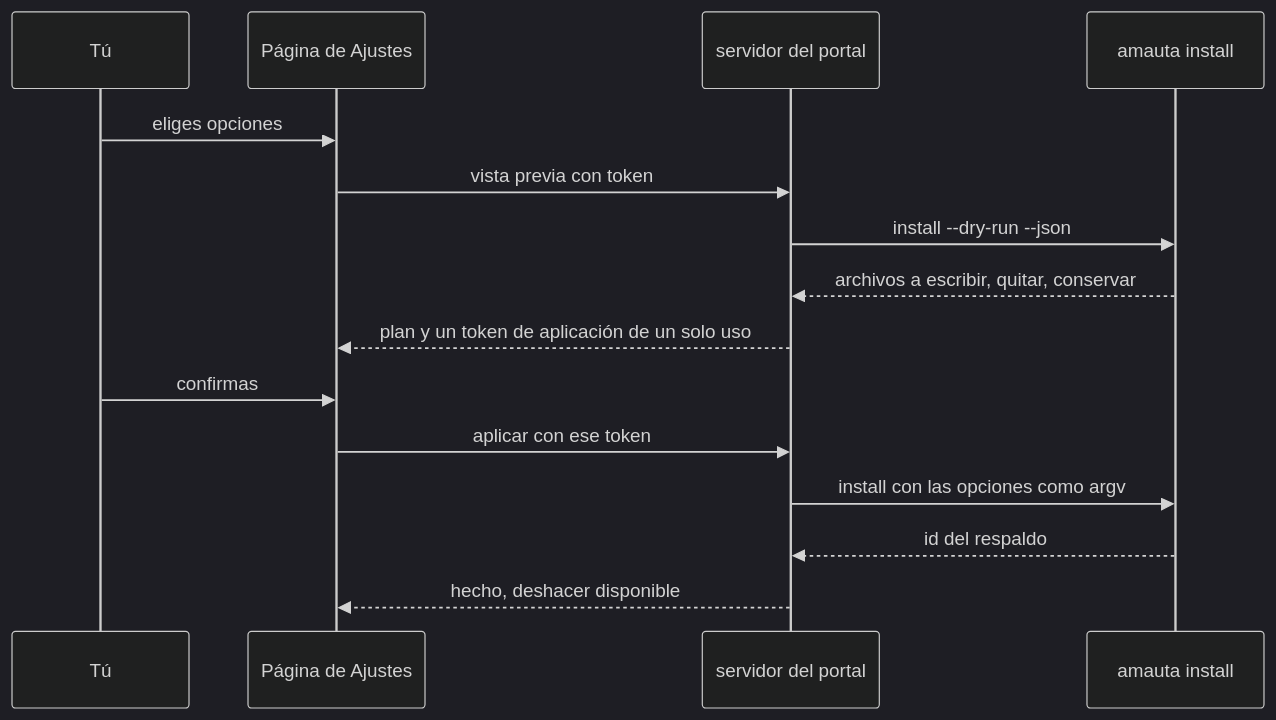
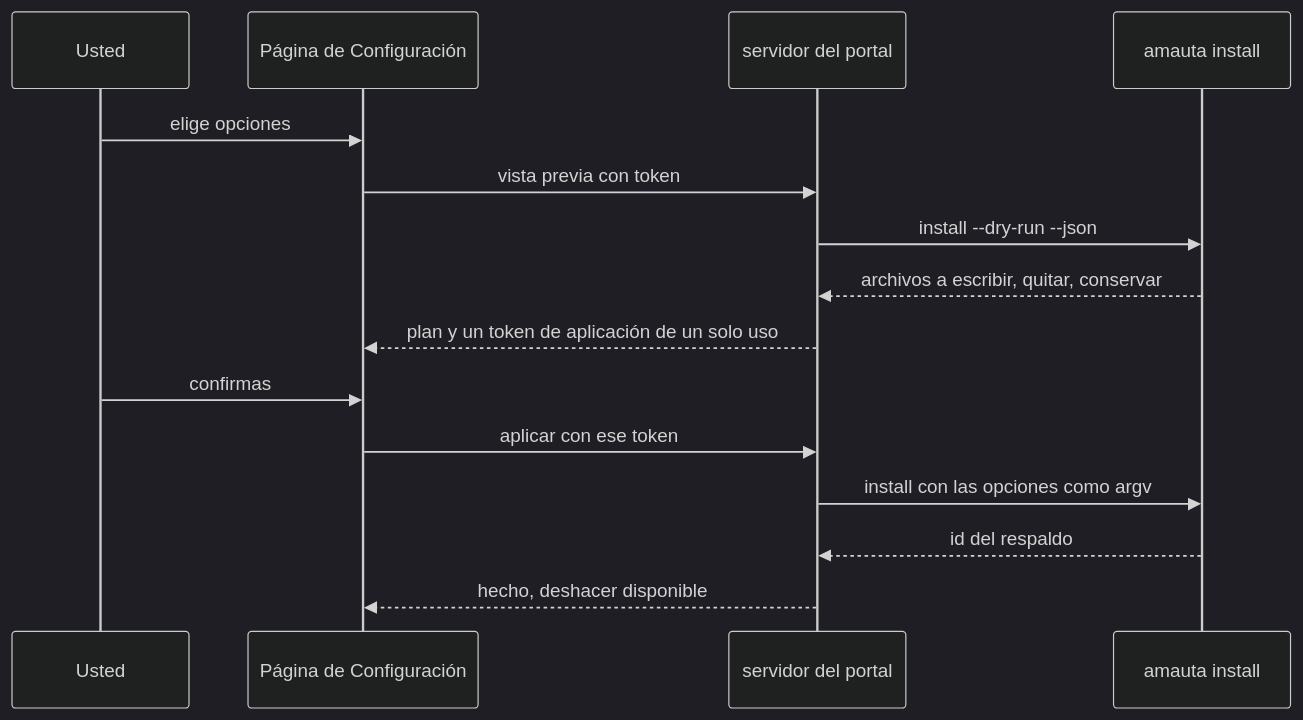
The second of 2 diagrams in python/amauta/portal/guide/es/portal.md (Negraldi/amauta), drawn with Mermaid (dark theme) before and after one commit. The commit also changed other lines of this file and 45 other files, not shown here.

````diff
--- a/python/amauta/portal/guide/es/portal.md
+++ b/python/amauta/portal/guide/es/portal.md
@@ -92,17 +92,17 @@
 ```mermaid
 sequenceDiagram
-  participant U as Tú
-  participant P as Página de Ajustes
+  participant U as Usted
+  participant P as Página de Configuración
   participant S as servidor del portal
   participant I as amauta install
-  U->>P: eliges opciones
+  U->>P: elige opciones
   P->>S: vista previa con token
   S->>I: install --dry-run --json
   I-->>S: archivos a escribir, quitar, conservar
   S-->>P: plan y un token de aplicación de un solo uso
   U->>P: confirmas
   P->>S: aplicar con ese token
   S->>I: install con las opciones como argv
   I-->>S: id del respaldo
   S-->>P: hecho, deshacer disponible
 ```
````
